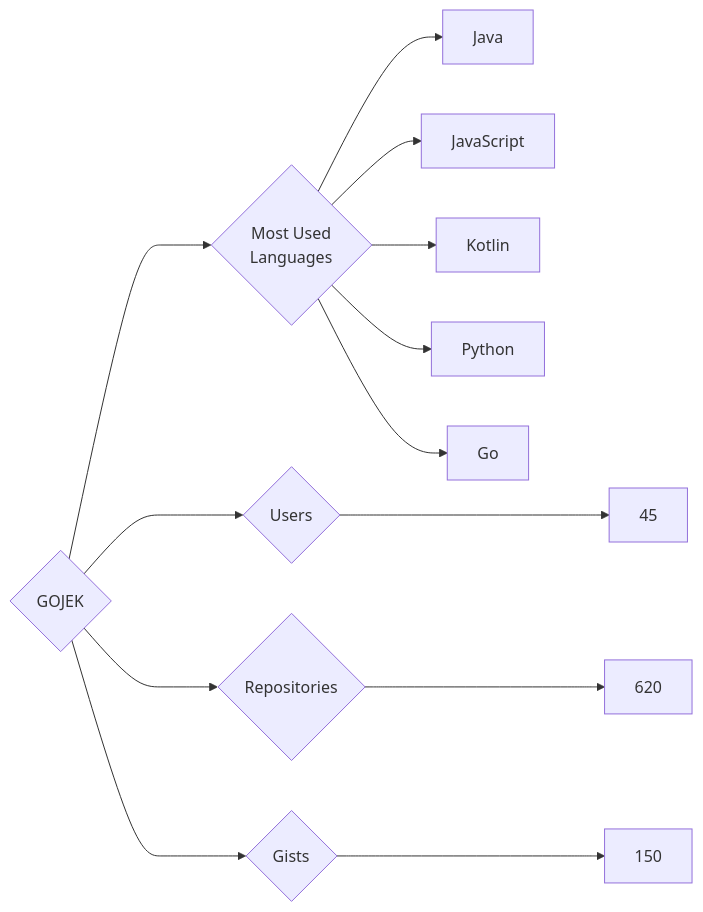
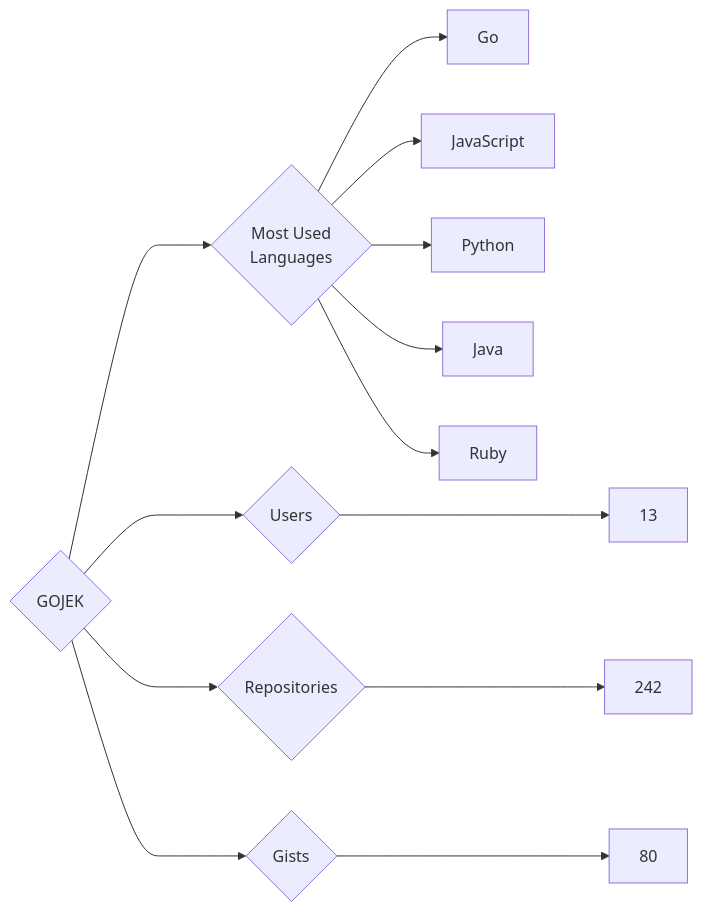
Before and after one commit to trickest/insiders: the diagram in targets/GOJEK/README.md, drawn with Mermaid. The commit also changed 723 other files, not shown here.

````diff
--- a/targets/GOJEK/README.md
+++ b/targets/GOJEK/README.md
@@ -3,13 +3,13 @@
 ```mermaid
 graph LR
 COMPANY_NAME{GOJEK}
-COMPANY_NAME ---> U{Users} ---> UN[45]
-COMPANY_NAME ---> R{Repositories} ---> RN[620]
-COMPANY_NAME ---> G{Gists} ---> GN[150]
+COMPANY_NAME ---> U{Users} ---> UN[13]
+COMPANY_NAME ---> R{Repositories} ---> RN[242]
+COMPANY_NAME ---> G{Gists} ---> GN[80]
 COMPANY_NAME ---> ML{Most Used<br>Languages}
+ML --> Go[Go]
+ML --> JavaScript[JavaScript]
+ML --> Python[Python]
 ML --> Java[Java]
-ML --> JavaScript[JavaScript]
-ML --> Kotlin[Kotlin]
-ML --> Python[Python]
-ML --> Go[Go]
+ML --> Ruby[Ruby]
 ```
````
